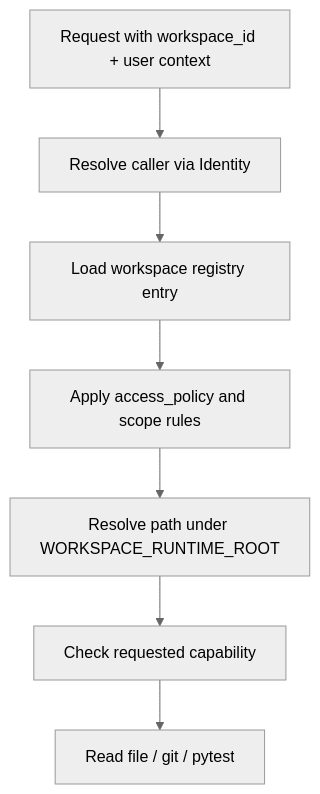
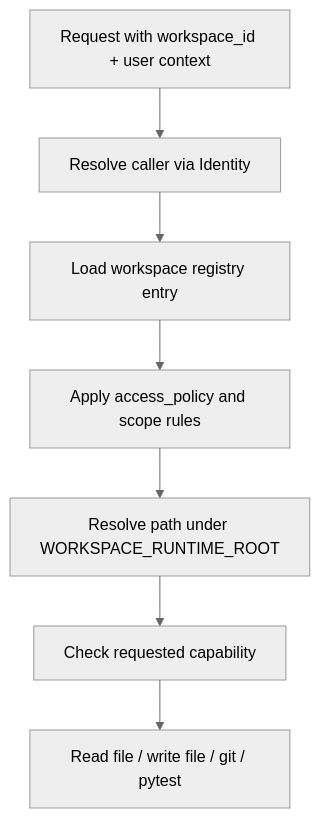
Before and after one commit to JMiahMan1/SharedLLM: the second of 2 diagrams in services/workspace_runtime/README.md, drawn with Mermaid (neutral theme). The commit also changed other lines of this file and 16 other files, not shown here.

````diff
--- a/services/workspace_runtime/README.md
+++ b/services/workspace_runtime/README.md
@@ -46,9 +55,9 @@
 ```mermaid
 flowchart TD
     Start[Request with workspace_id + user context] --> ResolveIdentity[Resolve caller via Identity]
     ResolveIdentity --> LoadRegistry[Load workspace registry entry]
     LoadRegistry --> Policy[Apply access_policy and scope rules]
     Policy --> PathCheck[Resolve path under WORKSPACE_RUNTIME_ROOT]
     PathCheck --> Capability[Check requested capability]
-    Capability --> Execute[Read file / git / pytest]
+    Capability --> Execute[Read file / write file / git / pytest]
 ```
````
